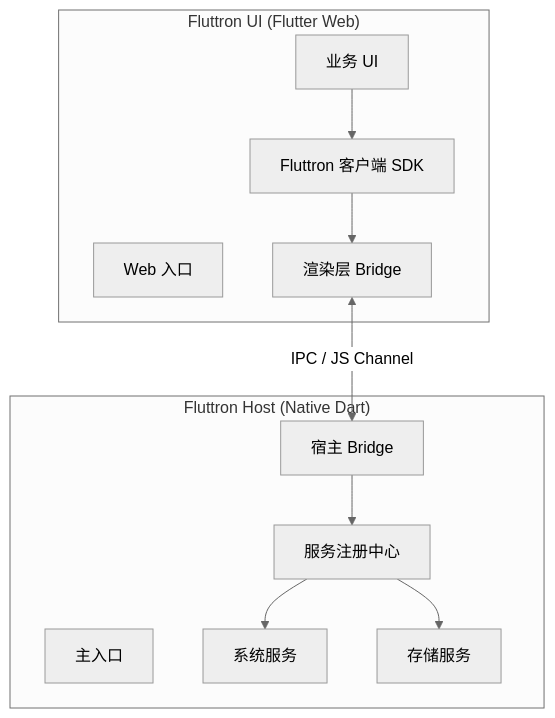
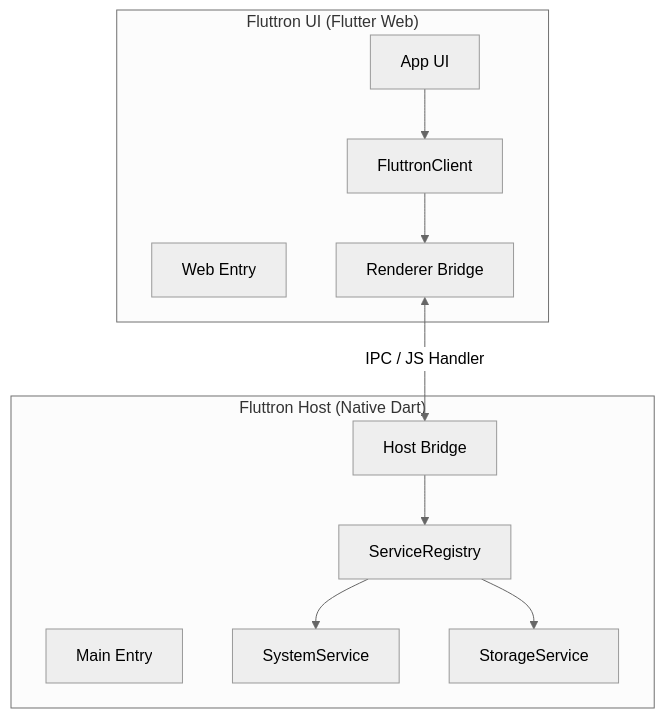
The diagram in README.md (maxiee/Fluttron), drawn with Mermaid (neutral theme) before and after one commit. The commit also changed other lines of this file and 7 other files, not shown here.

````diff
--- a/README.md
+++ b/README.md
@@ -20,24 +25,24 @@
 ```mermaid
 graph TD
     subgraph Host ["Fluttron Host (Native Dart)"]
-        HostMain[主入口]
-        ServiceRegistry[服务注册中心]
-        Sys[系统服务]
-        Store[存储服务]
-        BridgeHost[宿主 Bridge]
+        HostMain["Main Entry"]
+        Registry["ServiceRegistry"]
+        System["SystemService"]
+        Storage["StorageService"]
+        HostBridge["Host Bridge"]
     end
 
     subgraph Renderer ["Fluttron UI (Flutter Web)"]
-        WebMain[Web 入口]
-        Client[Fluttron 客户端 SDK]
-        UI[业务 UI]
-        BridgeWeb[渲染层 Bridge]
+        WebMain["Web Entry"]
+        Client["FluttronClient"]
+        AppUI["App UI"]
+        UiBridge["Renderer Bridge"]
     end
 
-    UI --> Client
-    Client --> BridgeWeb
-    BridgeWeb <-->|IPC / JS Channel| BridgeHost
-    BridgeHost --> ServiceRegistry
-    ServiceRegistry --> Sys
-    ServiceRegistry --> Store
+    AppUI --> Client
+    Client --> UiBridge
+    UiBridge <-->|"IPC / JS Handler"| HostBridge
+    HostBridge --> Registry
+    Registry --> System
+    Registry --> Storage
 ```
````
